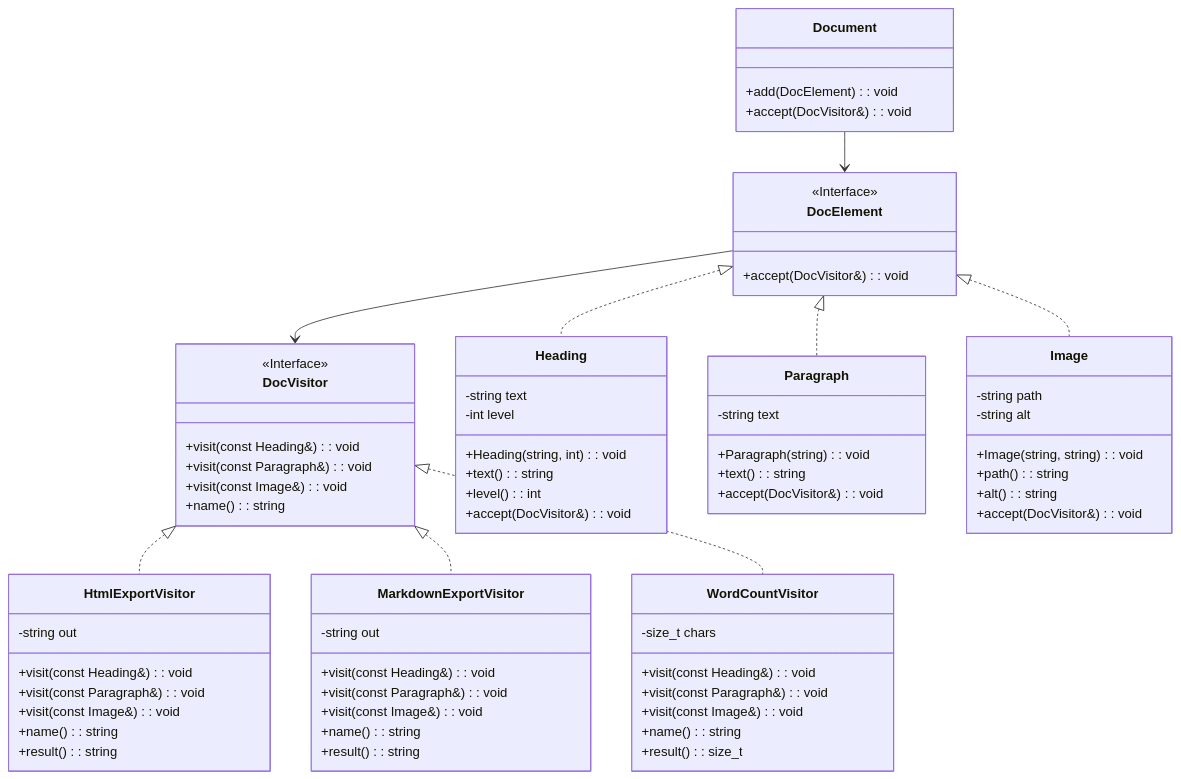
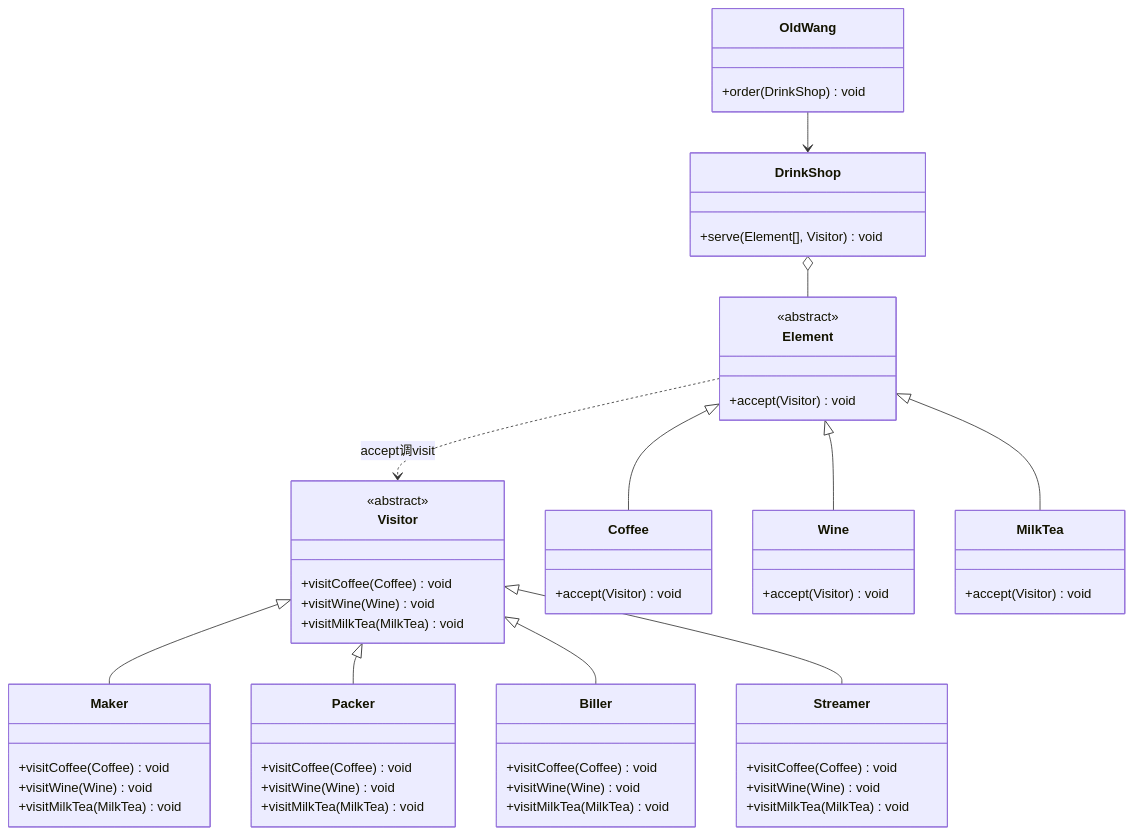
The first of 2 diagrams in notes/design-mode/visitor-pattern.md (os-artificer/ebooks), drawn with Mermaid before and after one commit. The commit also changed other lines of this file and 4 other files, not shown here.

````diff
--- a/notes/design-mode/visitor-pattern.md
+++ b/notes/design-mode/visitor-pattern.md
@@ -124,72 +96,69 @@
 ```mermaid
 classDiagram
-    class DocVisitor {
-        <<Interface>>
-        +visit(const Heading&): void
-        +visit(const Paragraph&): void
-        +visit(const Image&): void
-        +name(): string
+    class Visitor {
+        <<abstract>>
+        +visitCoffee(Coffee) void
+        +visitWine(Wine) void
+        +visitMilkTea(MilkTea) void
     }
-    class DocElement {
-        <<Interface>>
-        +accept(DocVisitor&): void
+
+    class Maker {
+        +visitCoffee(Coffee) void
+        +visitWine(Wine) void
+        +visitMilkTea(MilkTea) void
     }
-    class Heading {
-        -string text
-        -int level
-        +Heading(string, int): void
-        +text(): string
-        +level(): int
-        +accept(DocVisitor&): void
+
+    class Packer {
+        +visitCoffee(Coffee) void
+        +visitWine(Wine) void
+        +visitMilkTea(MilkTea) void
     }
-    class Paragraph {
-        -string text
-        +Paragraph(string): void
-        +text(): string
-        +accept(DocVisitor&): void
+
+    class Biller {
+        +visitCoffee(Coffee) void
+        +visitWine(Wine) void
+        +visitMilkTea(MilkTea) void
     }
-    class Image {
-        -string path
-        -string alt
-        +Image(string, string): void
-        +path(): string
-        +alt(): string
-        +accept(DocVisitor&): void
+
+    class Streamer {
+        +visitCoffee(Coffee) void
+        +visitWine(Wine) void
+        +visitMilkTea(MilkTea) void
     }
-    class HtmlExportVisitor {
-        -string out
-        +visit(const Heading&): void
-        +visit(const Paragraph&): void
-        +visit(const Image&): void
-        +name(): string
-        +result(): string
+
+    class Element {
+        <<abstract>>
+        +accept(Visitor) void
     }
-    class MarkdownExportVisitor {
-        -string out
-        +visit(const Heading&): void
-        +visit(const Paragraph&): void
-        +visit(const Image&): void
-        +name(): string
-        +result(): string
+
+    class Coffee {
+        +accept(Visitor) void
     }
-    class WordCountVisitor {
-        -size_t chars
-        +visit(const Heading&): void
-        +visit(const Paragraph&): void
-        +visit(const Image&): void
-        +name(): string
-        +result(): size_t
+
+    class Wine {
+        +accept(Visitor) void
     }
-    class Document {
-        +add(DocElement): void
-        +accept(DocVisitor&): void
+
+    class MilkTea {
+        +accept(Visitor) void
     }
-    DocVisitor <|.. HtmlExportVisitor
-    DocVisitor <|.. MarkdownExportVisitor
-    DocVisitor <|.. WordCountVisitor
-    DocElement <|.. Heading
-    DocElement <|.. Paragraph
-    DocElement <|.. Image
-    Document --> DocElement
-    DocElement --> DocVisitor
+
+    class DrinkShop {
+        +serve(Element[], Visitor) void
+    }
+
+    class OldWang {
+        +order(DrinkShop) void
+    }
+
+    Visitor <|-- Maker
+    Visitor <|-- Packer
+    Visitor <|-- Biller
+    Visitor <|-- Streamer
+    Element <|-- Coffee
+    Element <|-- Wine
+    Element <|-- MilkTea
+    DrinkShop o-- Element
+    OldWang --> DrinkShop
+    Element ..> Visitor : accept调visit
 ```
````
